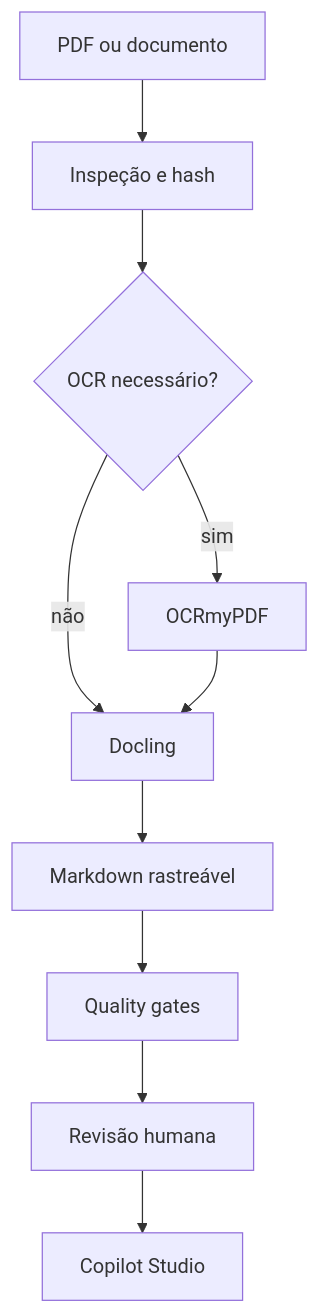
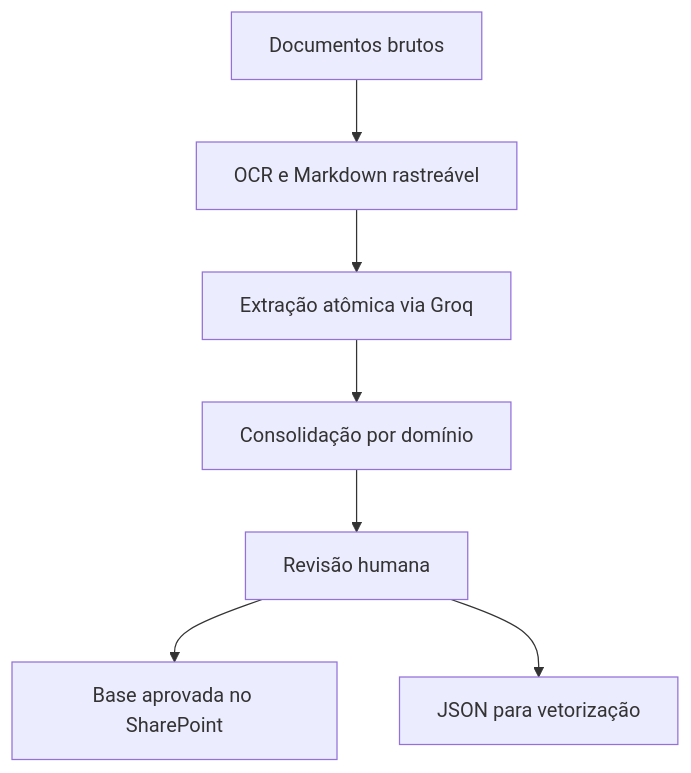
Before and after one commit to viniciusds2020/copilot-document-knowledge-engineering: the diagram in README.md, drawn with Mermaid. The commit also changed other lines of this file, not shown here.

Commit message:
docs: document Groq knowledge pack workflow

````diff
--- a/README.md
+++ b/README.md
@@ -22,12 +23,9 @@
 ```mermaid
 flowchart TD
-    A[PDF ou documento] --> B[Inspeção e hash]
-    B --> C{OCR necessário?}
-    C -- sim --> D[OCRmyPDF]
-    C -- não --> E[Docling]
-    D --> E
-    E --> F[Markdown rastreável]
-    F --> G[Quality gates]
-    G --> H[Revisão humana]
-    H --> I[Copilot Studio]
+    A[Documentos brutos] --> B[OCR e Markdown rastreável]
+    B --> C[Extração atômica via Groq]
+    C --> D[Consolidação por domínio]
+    D --> E[Revisão humana]
+    E --> F[Base aprovada no SharePoint]
+    E --> G[JSON para vetorização]
 ```
````
